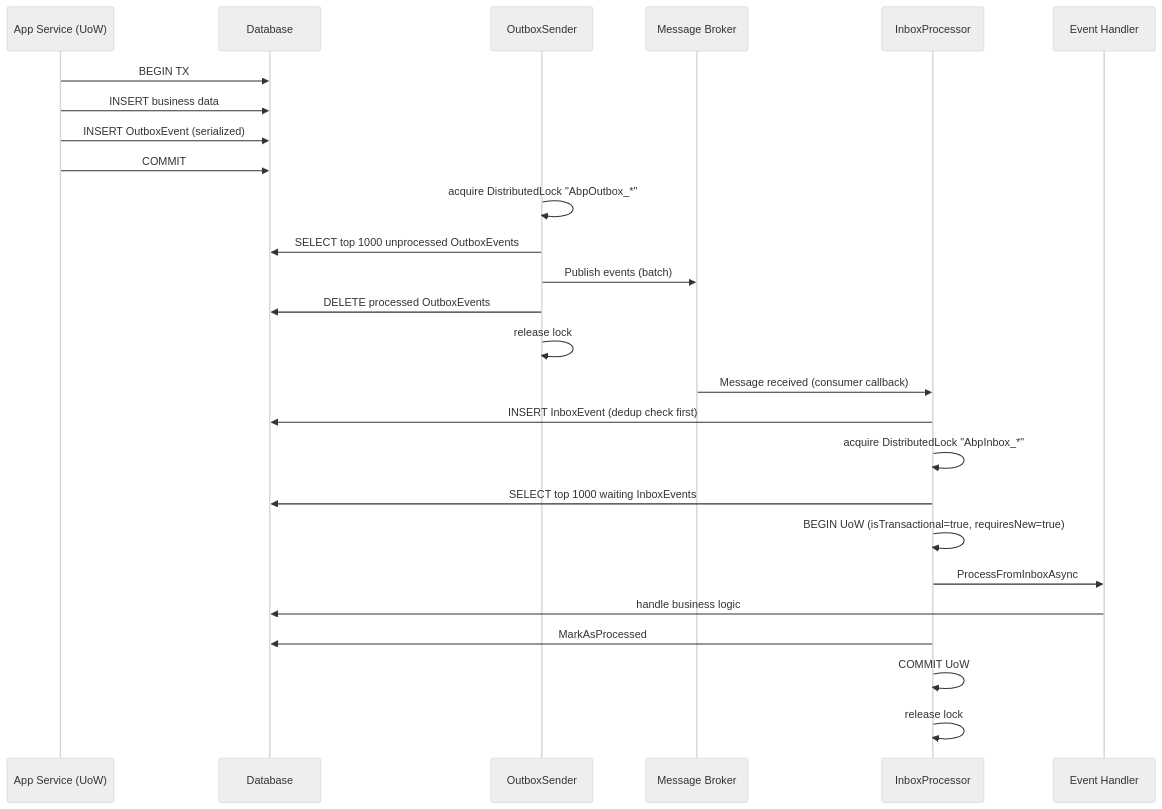
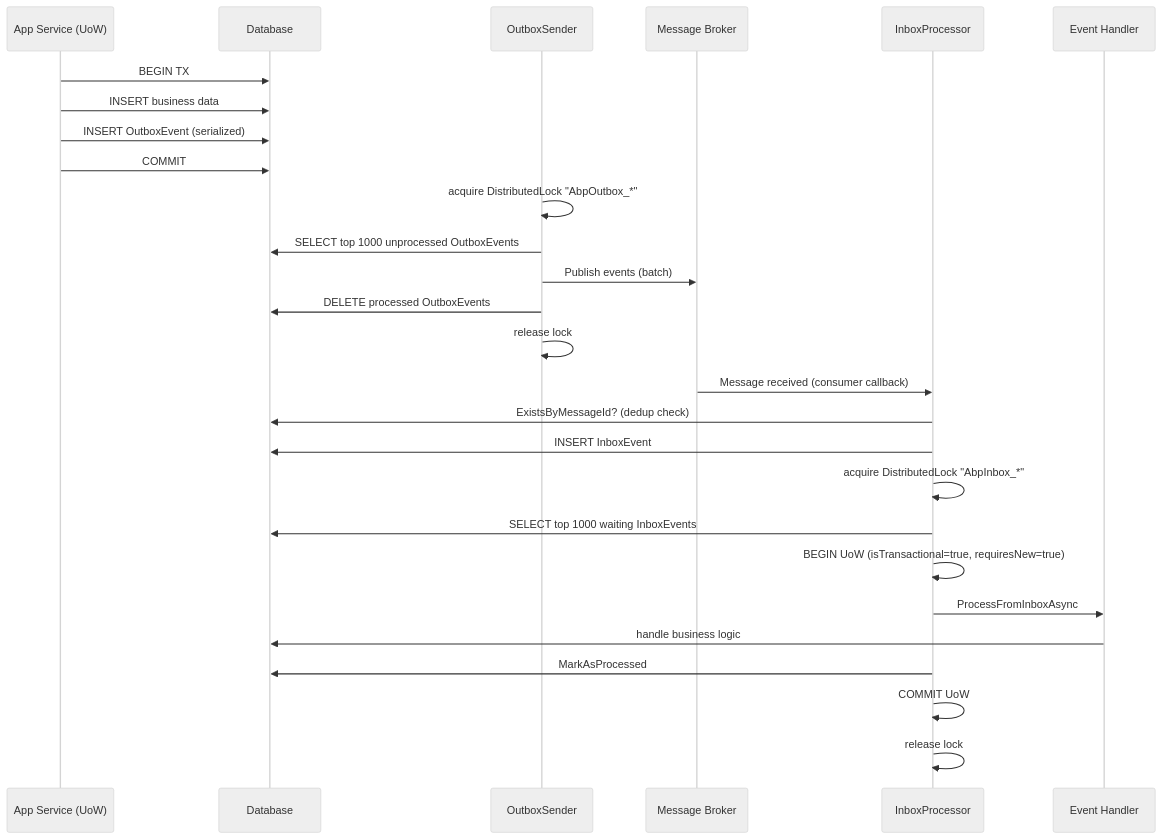
Before and after one commit to mintlify-atlas/docs-wiki-a1b1ff33: the third of 3 diagrams in event-bus/outbox-inbox.mdx, drawn with Mermaid (neutral theme). The commit also changed other lines of this file and 51 other files, not shown here.

````diff
--- a/event-bus/outbox-inbox.mdx
+++ b/event-bus/outbox-inbox.mdx
@@ -375,31 +485,32 @@
 ```mermaid
 sequenceDiagram
     participant APP as App Service (UoW)
     participant DB as Database
     participant OS as OutboxSender
     participant BRK as Message Broker
     participant IP as InboxProcessor
     participant HDL as Event Handler
 
     APP->>DB: BEGIN TX
     APP->>DB: INSERT business data
     APP->>DB: INSERT OutboxEvent (serialized)
     APP->>DB: COMMIT
 
     OS->>OS: acquire DistributedLock "AbpOutbox_*"
     OS->>DB: SELECT top 1000 unprocessed OutboxEvents
     OS->>BRK: Publish events (batch)
     OS->>DB: DELETE processed OutboxEvents
     OS->>OS: release lock
 
     BRK->>IP: Message received (consumer callback)
-    IP->>DB: INSERT InboxEvent (dedup check first)
+    IP->>DB: ExistsByMessageId? (dedup check)
+    IP->>DB: INSERT InboxEvent
     IP->>IP: acquire DistributedLock "AbpInbox_*"
     IP->>DB: SELECT top 1000 waiting InboxEvents
     IP->>IP: BEGIN UoW (isTransactional=true, requiresNew=true)
     IP->>HDL: ProcessFromInboxAsync
     HDL->>DB: handle business logic
     IP->>DB: MarkAsProcessed
     IP->>IP: COMMIT UoW
     IP->>IP: release lock
 ```
````
